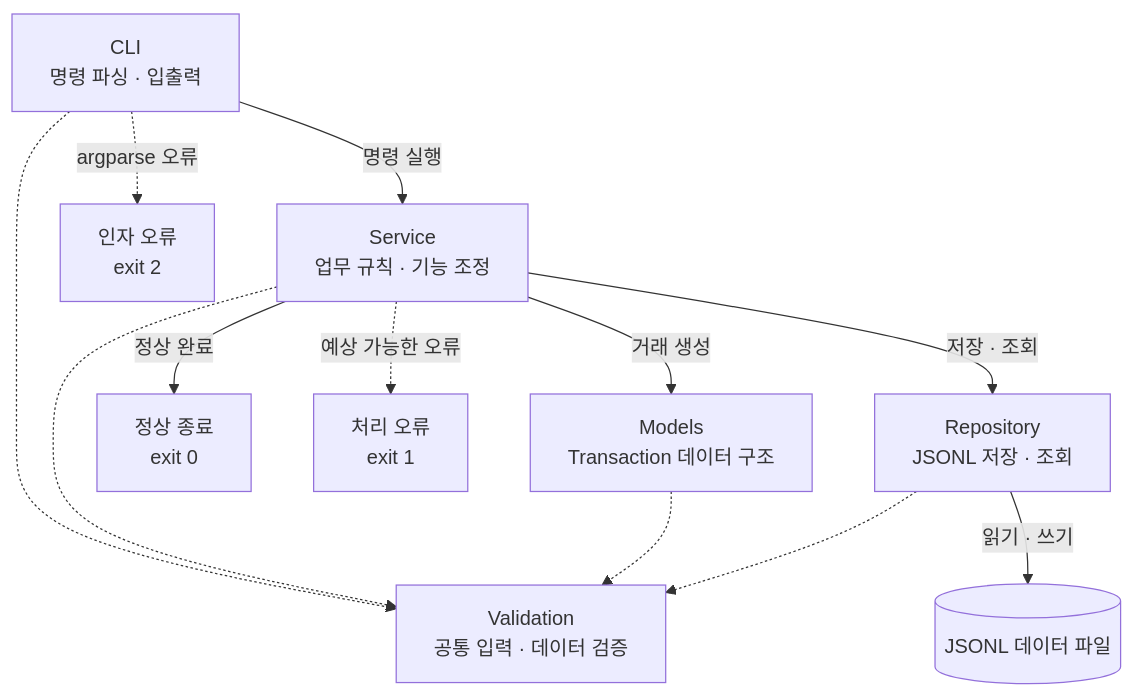
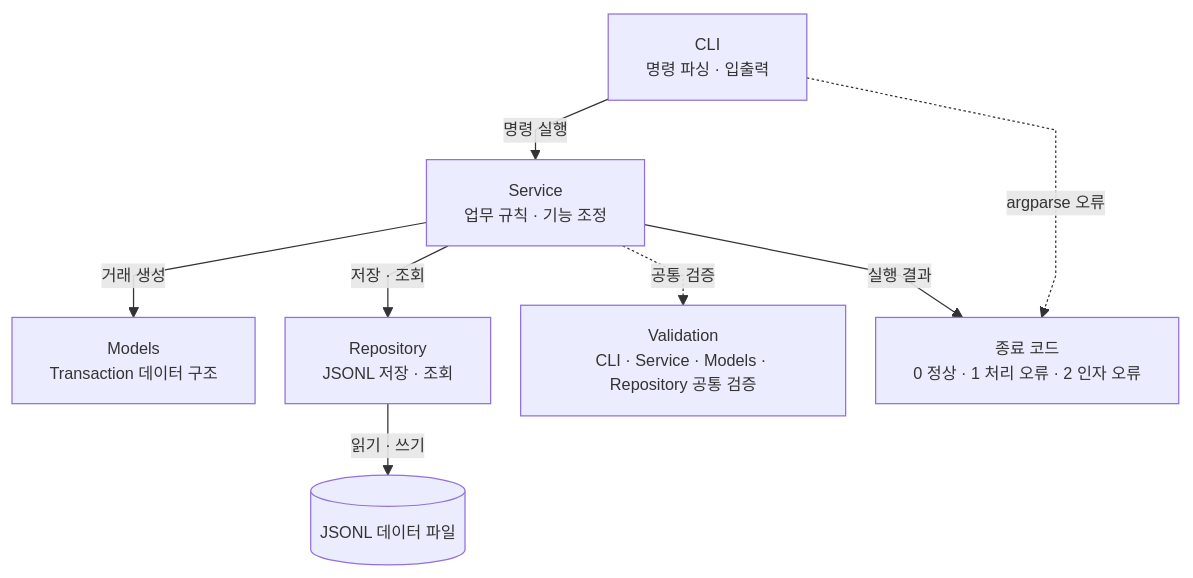
One commit to bllancck/B2-1.py-ledger-cli changed the diagram in README.md. Above: the diagram before and after it, drawn with Mermaid. The commit also changed other lines of this file, not shown here.

Commit message:
docs: compact execution flow diagram

````diff
--- a/README.md
+++ b/README.md
@@ -52,28 +52,20 @@
 ```mermaid
-%%{init: {"flowchart": {"diagramPadding": 40, "nodeSpacing": 50, "rankSpacing": 50}}}%%
-flowchart TD
+%%{init: {"flowchart": {"curve": "linear", "useMaxWidth": true, "diagramPadding": 12, "nodeSpacing": 24, "rankSpacing": 28}, "themeVariables": {"fontSize": "13px"}}}%%
+flowchart TB
     A["CLI<br/>명령 파싱 · 입출력"]
     B["Service<br/>업무 규칙 · 기능 조정"]
     C["Models<br/>Transaction 데이터 구조"]
     D["Repository<br/>JSONL 저장 · 조회"]
     E[("JSONL 데이터 파일")]
-    V["Validation<br/>공통 입력 · 데이터 검증"]
-
-    X0["정상 종료<br/>exit 0"]
-    X1["처리 오류<br/>exit 1"]
-    X2["인자 오류<br/>exit 2"]
+    V["Validation<br/>CLI · Service · Models · Repository 공통 검증"]
+    X["종료 코드<br/>0 정상 · 1 처리 오류 · 2 인자 오류"]
 
     A -->|"명령 실행"| B
     B -->|"거래 생성"| C
     B -->|"저장 · 조회"| D
     D -->|"읽기 · 쓰기"| E
 
-    A -.-> V
-    B -.-> V
-    C -.-> V
-    D -.-> V
-
-    B -->|"정상 완료"| X0
-    B -.->|"예상 가능한 오류"| X1
-    A -.->|"argparse 오류"| X2
+    B -.->|"공통 검증"| V
+    B -->|"실행 결과"| X
+    A -.->|"argparse 오류"| X
 ```
````
